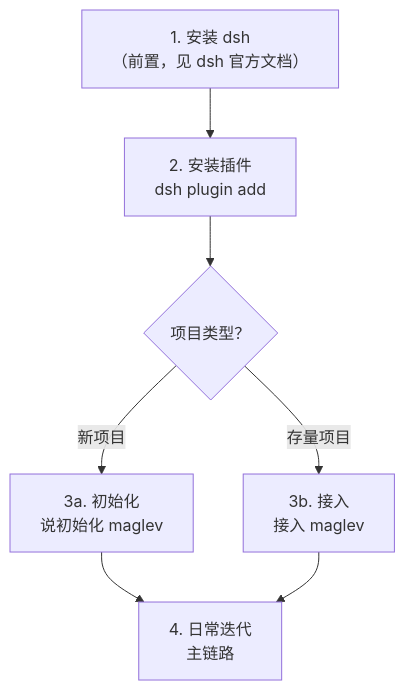
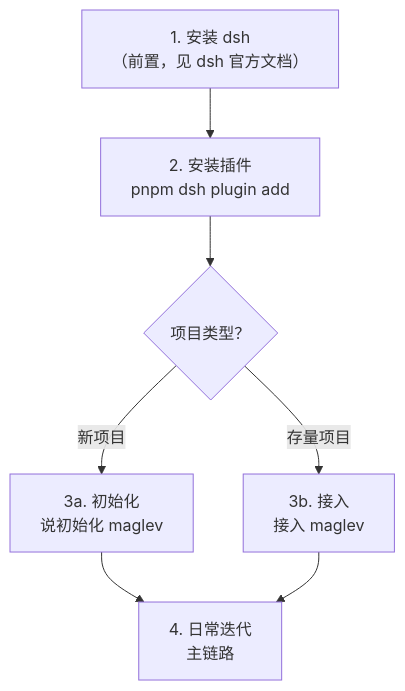
The first of 2 diagrams in docs/usage.md (Idea-Maglev/maglev-for-dsh), drawn with Mermaid before and after one commit. The commit also changed other lines of this file and 1 other file, not shown here.

Commit message:
docs: 修正所有 dsh 命令为 pnpm dsh（dsh 无全局命令，需在 checkout 下用 pnpm dsh）

````diff
--- a/docs/usage.md
+++ b/docs/usage.md
@@ -9,9 +9,9 @@
 ```mermaid
 flowchart TD
-    A["1. 安装 dsh<br/>（前置，见 dsh 官方文档）"] --> B["2. 安装插件<br/>dsh plugin add"]
+    A["1. 安装 dsh<br/>（前置，见 dsh 官方文档）"] --> B["2. 安装插件<br/>pnpm dsh plugin add"]
     B --> C{"项目类型？"}
     C -->|"新项目"| D["3a. 初始化<br/>说"初始化 maglev""]
     C -->|"存量项目"| E["3b. 接入<br/>接入 maglev"]
     D --> F["4. 日常迭代<br/>主链路"]
     E --> F
 ```
````
